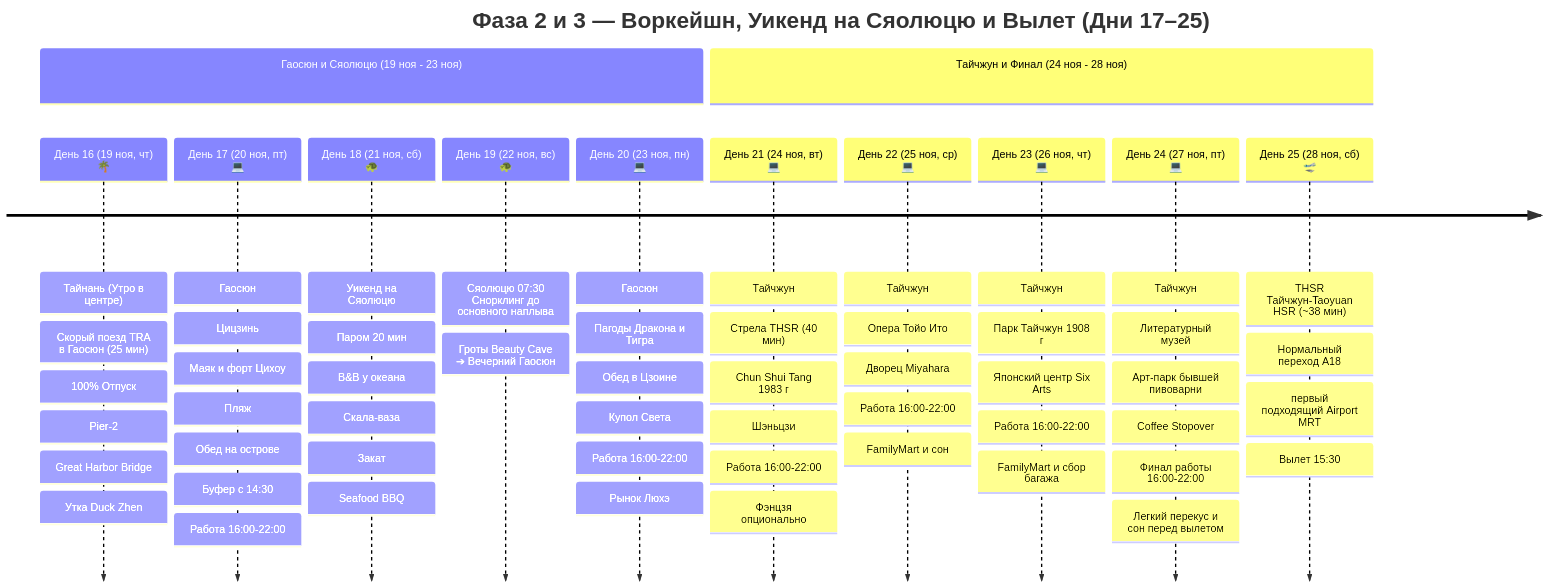
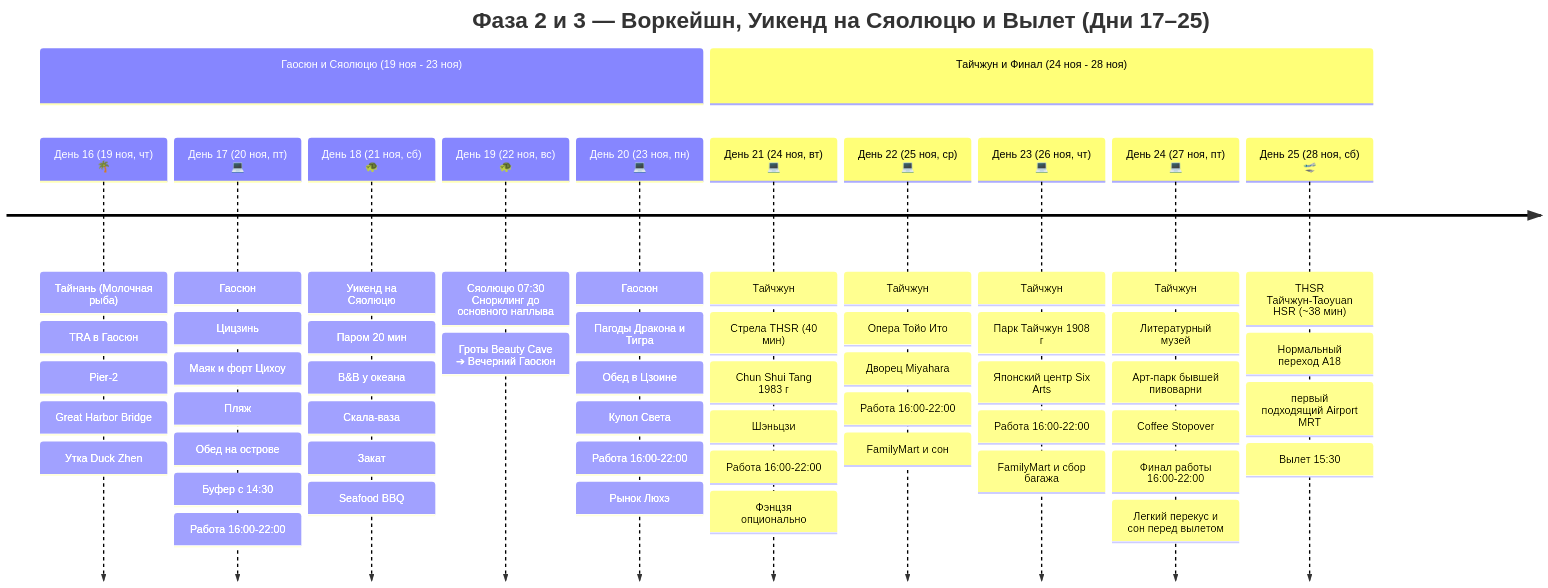
The second of 2 diagrams in Personal Note/Travel/-- Taiwan/Taiwan.md (injurka/obsidian-mark), drawn with Mermaid before and after one commit. The commit also changed other lines of this file and 50 other files, not shown here.

````diff
--- a/Personal Note/Travel/-- Taiwan/Taiwan.md
+++ b/Personal Note/Travel/-- Taiwan/Taiwan.md
@@ -70,16 +71,16 @@
 ```mermaid
 timeline
     title Фаза 2 и 3 — Воркейшн, Уикенд на Сяолюцю и Вылет (Дни 17–25)
     section Гаосюн и Сяолюцю (19 ноя - 23 ноя)
-        День 16 (19 ноя, чт) 🌴 : Тайнань (Утро в центре) : Скорый поезд TRA в Гаосюн (25 мин) : 100% Отпуск : Pier-2 : Great Harbor Bridge : Утка Duck Zhen
+        День 16 (19 ноя, чт) 🌴 : Тайнань (Молочная рыба) : TRA в Гаосюн : Pier-2 : Great Harbor Bridge : Утка Duck Zhen
         День 17 (20 ноя, пт) 💻 : Гаосюн : Цицзинь : Маяк и форт Цихоу : Пляж : Обед на острове : Буфер с 14:30 : Работа 16:00-22:00
         День 18 (21 ноя, сб) 🐢 : Уикенд на Сяолюцю : Паром 20 мин : B&B у океана : Скала-ваза : Закат : Seafood BBQ
         День 19 (22 ноя, вс) 🐢 : Сяолюцю 07:30 Снорклинг до основного наплыва : Гроты Beauty Cave ➔ Вечерний Гаосюн
         День 20 (23 ноя, пн) 💻 : Гаосюн : Пагоды Дракона и Тигра : Обед в Цзоине : Купол Света : Работа 16:00-22:00 : Рынок Люхэ
     section Тайчжун и Финал (24 ноя - 28 ноя)
         День 21 (24 ноя, вт) 💻 : Тайчжун : Стрела THSR (40 мин) : Chun Shui Tang 1983 г : Шэньцзи : Работа 16:00-22:00 : Фэнцзя опционально
         День 22 (25 ноя, ср) 💻 : Тайчжун : Опера Тойо Ито : Дворец Miyahara : Работа 16:00-22:00 : FamilyMart и сон
         День 23 (26 ноя, чт) 💻 : Тайчжун : Парк Тайчжун 1908 г : Японский центр Six Arts : Работа 16:00-22:00 : FamilyMart и сбор багажа
         День 24 (27 ноя, пт) 💻 : Тайчжун : Литературный музей : Арт-парк бывшей пивоварни : Coffee Stopover : Финал работы 16:00-22:00 : Легкий перекус и сон перед вылетом
         День 25 (28 ноя, сб) 🛫 : THSR Тайчжун-Taoyuan HSR (~38 мин) : Нормальный переход A18 : первый подходящий Airport MRT : Вылет 15:30
 ```
````
